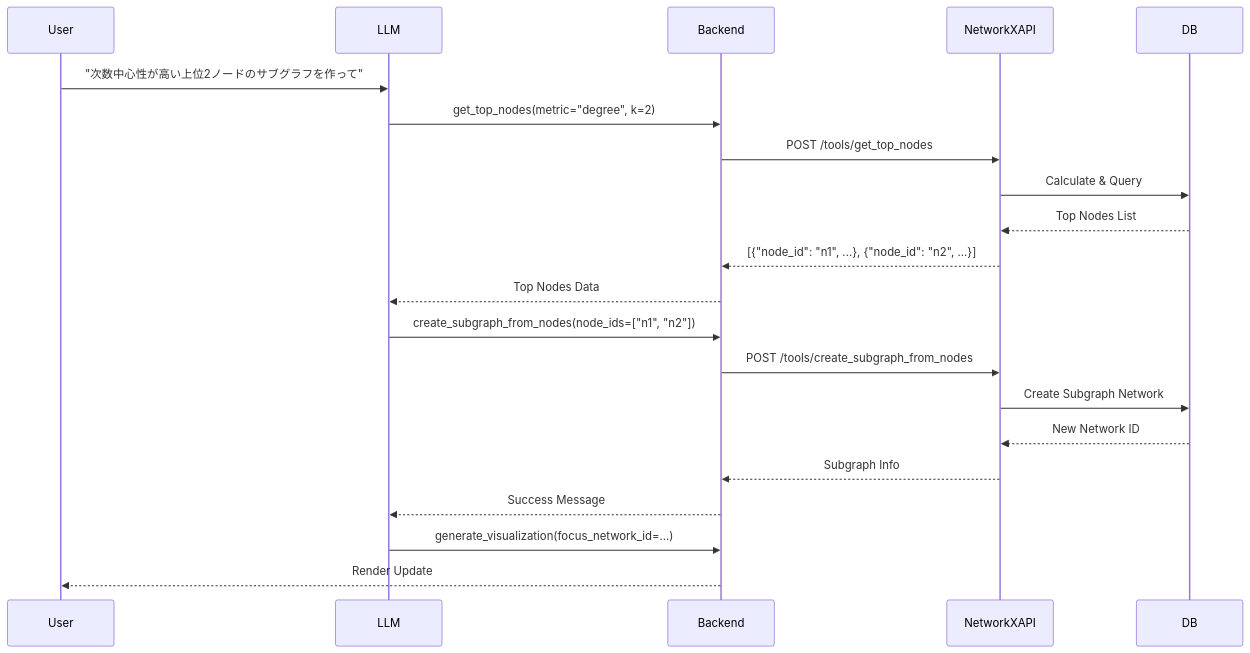
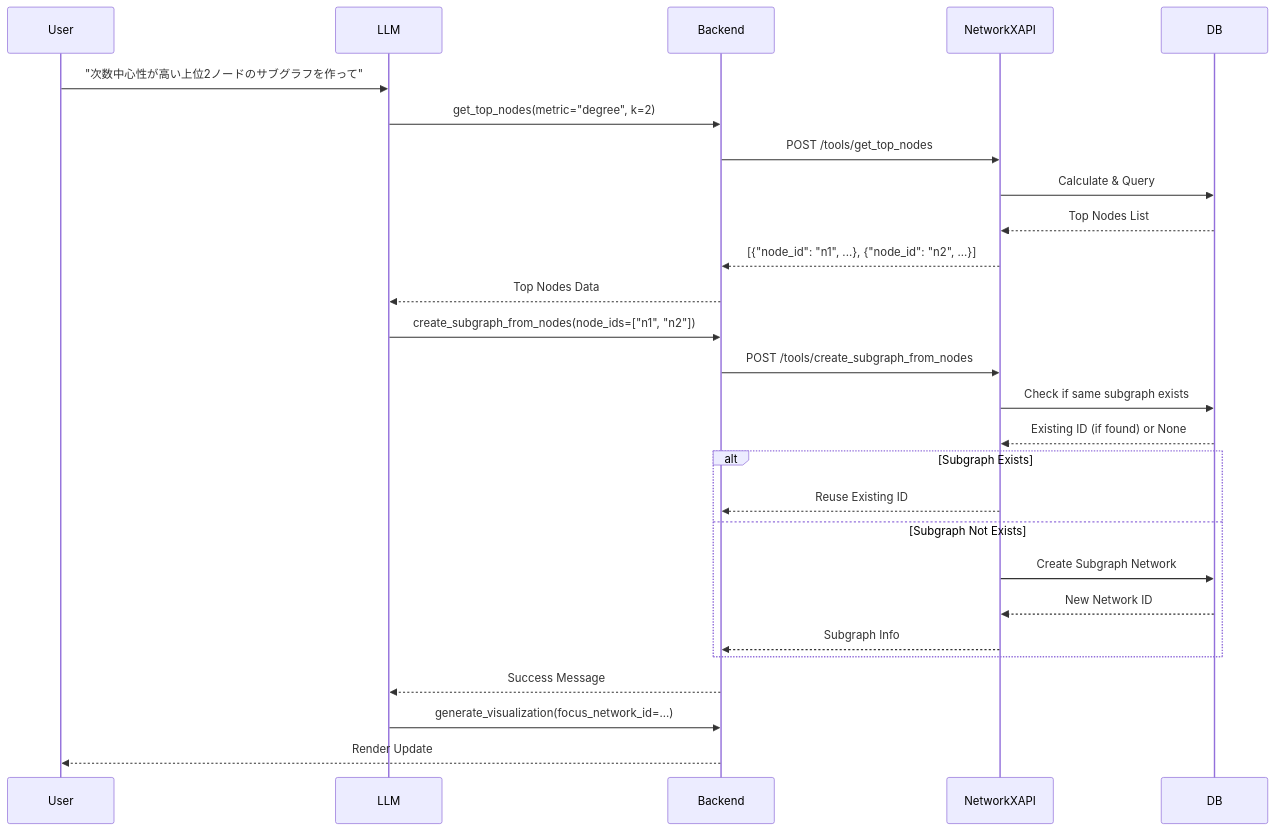
The fourth of 8 diagrams in specification/2_Technical_Details/6_Core_Workflows.md (vdslab/LLMGraphvis), drawn with Mermaid before and after one commit. The commit also changed 1 other file, not shown here.

Commit message:
docs: Update NetworkX API and Core Workflows documentation.

````diff
--- a/specification/2_Technical_Details/6_Core_Workflows.md
+++ b/specification/2_Technical_Details/6_Core_Workflows.md
@@ -217,26 +217,32 @@
 ```mermaid
 sequenceDiagram
     participant User
     participant LLM
     participant Backend
     participant NetworkXAPI
     participant DB
 
     User->>LLM: "次数中心性が高い上位2ノードのサブグラフを作って"
     LLM->>Backend: get_top_nodes(metric="degree", k=2)
     Backend->>NetworkXAPI: POST /tools/get_top_nodes
     NetworkXAPI->>DB: Calculate & Query
     DB-->>NetworkXAPI: Top Nodes List
     NetworkXAPI-->>Backend: [{"node_id": "n1", ...}, {"node_id": "n2", ...}]
     Backend-->>LLM: Top Nodes Data
 
     LLM->>Backend: create_subgraph_from_nodes(node_ids=["n1", "n2"])
     Backend->>NetworkXAPI: POST /tools/create_subgraph_from_nodes
-    NetworkXAPI->>DB: Create Subgraph Network
-    DB-->>NetworkXAPI: New Network ID
-    NetworkXAPI-->>Backend: Subgraph Info
+    NetworkXAPI->>DB: Check if same subgraph exists
+    DB-->>NetworkXAPI: Existing ID (if found) or None
+    alt Subgraph Exists
+        NetworkXAPI-->>Backend: Reuse Existing ID
+    else Subgraph Not Exists
+        NetworkXAPI->>DB: Create Subgraph Network
+        DB-->>NetworkXAPI: New Network ID
+        NetworkXAPI-->>Backend: Subgraph Info
+    end
     Backend-->>LLM: Success Message
 
     LLM->>Backend: generate_visualization(focus_network_id=...)
     Backend-->>User: Render Update
 ```
````
